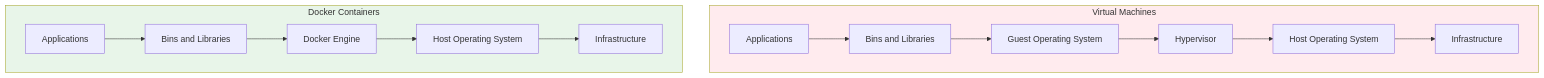
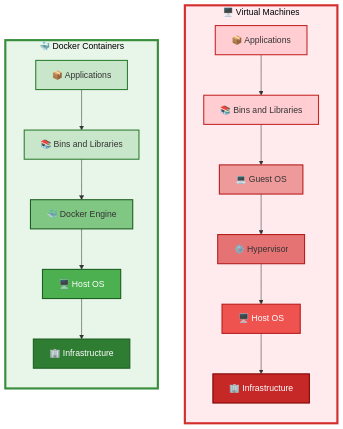
Before and after one commit to social9009/Docker-Notes: the second of 9 diagrams in README.md, drawn with Mermaid. The commit also changed other lines of this file, not shown here.

````diff
--- a/README.md
+++ b/README.md
@@ -93,34 +94,53 @@
 ```mermaid
-graph TB
+flowchart TB
 
-    subgraph VM["Virtual Machines"]
-        VMApps["Applications"]
-        VMBins["Bins and Libraries"]
-        GuestOS["Guest Operating System"]
-        Hypervisor["Hypervisor"]
-        HostOS1["Host Operating System"]
-        Infrastructure1["Infrastructure"]
-    end
+subgraph VM["🖥️ Virtual Machines"]
+direction TB
 
-    subgraph Container["Docker Containers"]
-        Apps["Applications"]
-        Bins["Bins and Libraries"]
-        DockerEngine["Docker Engine"]
-        HostOS2["Host Operating System"]
-        Infrastructure2["Infrastructure"]
-    end
+VMApps["📦 Applications"]
+VMBins["📚 Bins and Libraries"]
+GuestOS["💻 Guest OS"]
+Hypervisor["⚙️ Hypervisor"]
+HostOS1["🖥️ Host OS"]
+Infrastructure1["🏢 Infrastructure"]
 
-    VMApps --> VMBins
-    VMBins --> GuestOS
-    GuestOS --> Hypervisor
-    Hypervisor --> HostOS1
-    HostOS1 --> Infrastructure1
+VMApps --> VMBins
+VMBins --> GuestOS
+GuestOS --> Hypervisor
+Hypervisor --> HostOS1
+HostOS1 --> Infrastructure1
 
-    Apps --> Bins
-    Bins --> DockerEngine
-    DockerEngine --> HostOS2
-    HostOS2 --> Infrastructure2
+end
 
-    style VM fill:#ffebee
-    style Container fill:#e8f5e9
+subgraph Container["🐳 Docker Containers"]
+direction TB
+
+Apps["📦 Applications"]
+Bins["📚 Bins and Libraries"]
+DockerEngine["🐳 Docker Engine"]
+HostOS2["🖥️ Host OS"]
+Infrastructure2["🏢 Infrastructure"]
+
+Apps --> Bins
+Bins --> DockerEngine
+DockerEngine --> HostOS2
+HostOS2 --> Infrastructure2
+
+end
+
+style VM fill:#ffebee,stroke:#d32f2f,stroke-width:4px,color:#000000
+style Container fill:#e8f5e9,stroke:#388e3c,stroke-width:4px,color:#000000
+
+style VMApps fill:#ffcdd2,stroke:#c62828,stroke-width:2px
+style VMBins fill:#ffcdd2,stroke:#c62828,stroke-width:2px
+style GuestOS fill:#ef9a9a,stroke:#b71c1c,stroke-width:2px
+style Hypervisor fill:#e57373,stroke:#b71c1c,stroke-width:2px
+style HostOS1 fill:#ef5350,color:#ffffff,stroke:#b71c1c,stroke-width:2px
+style Infrastructure1 fill:#c62828,color:#ffffff,stroke:#7f0000,stroke-width:2px
+
+style Apps fill:#c8e6c9,stroke:#2e7d32,stroke-width:2px
+style Bins fill:#c8e6c9,stroke:#2e7d32,stroke-width:2px
+style DockerEngine fill:#81c784,stroke:#1b5e20,stroke-width:2px
+style HostOS2 fill:#4caf50,color:#ffffff,stroke:#1b5e20,stroke-width:2px
+style Infrastructure2 fill:#2e7d32,color:#ffffff,stroke:#1b5e20,stroke-width:2px
 ```
````
